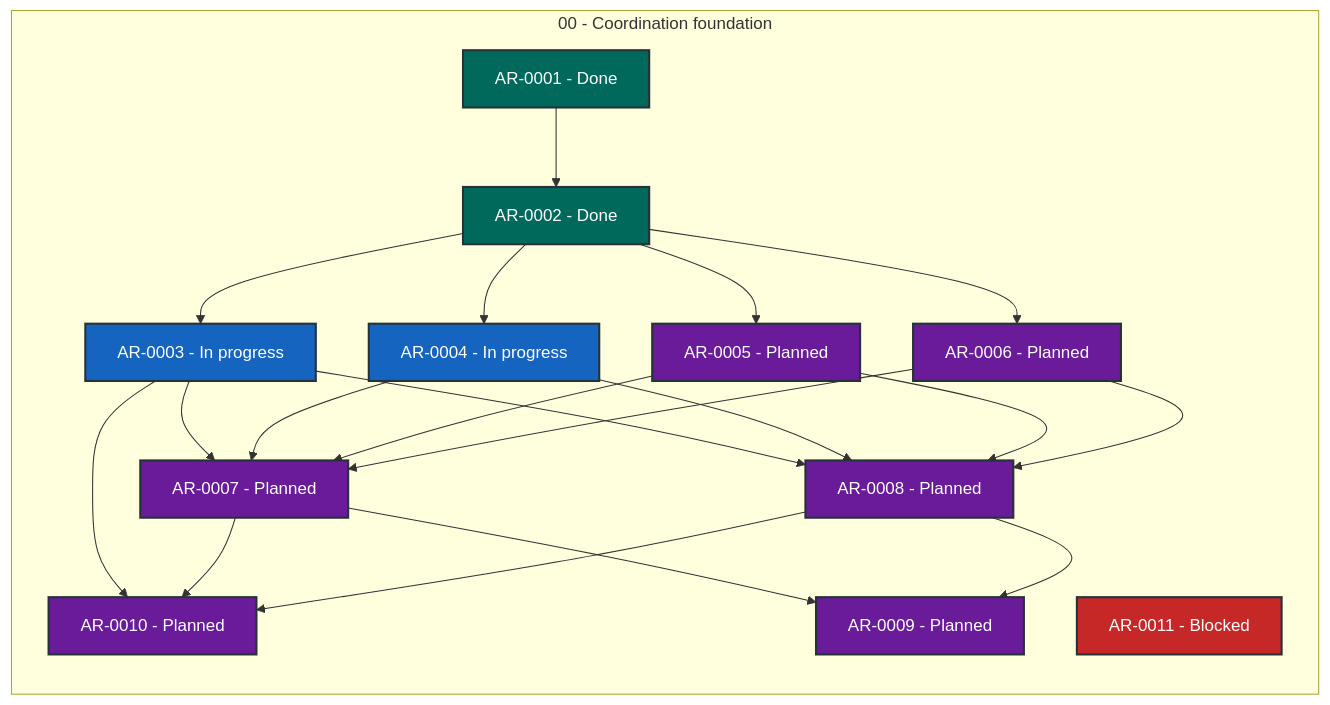
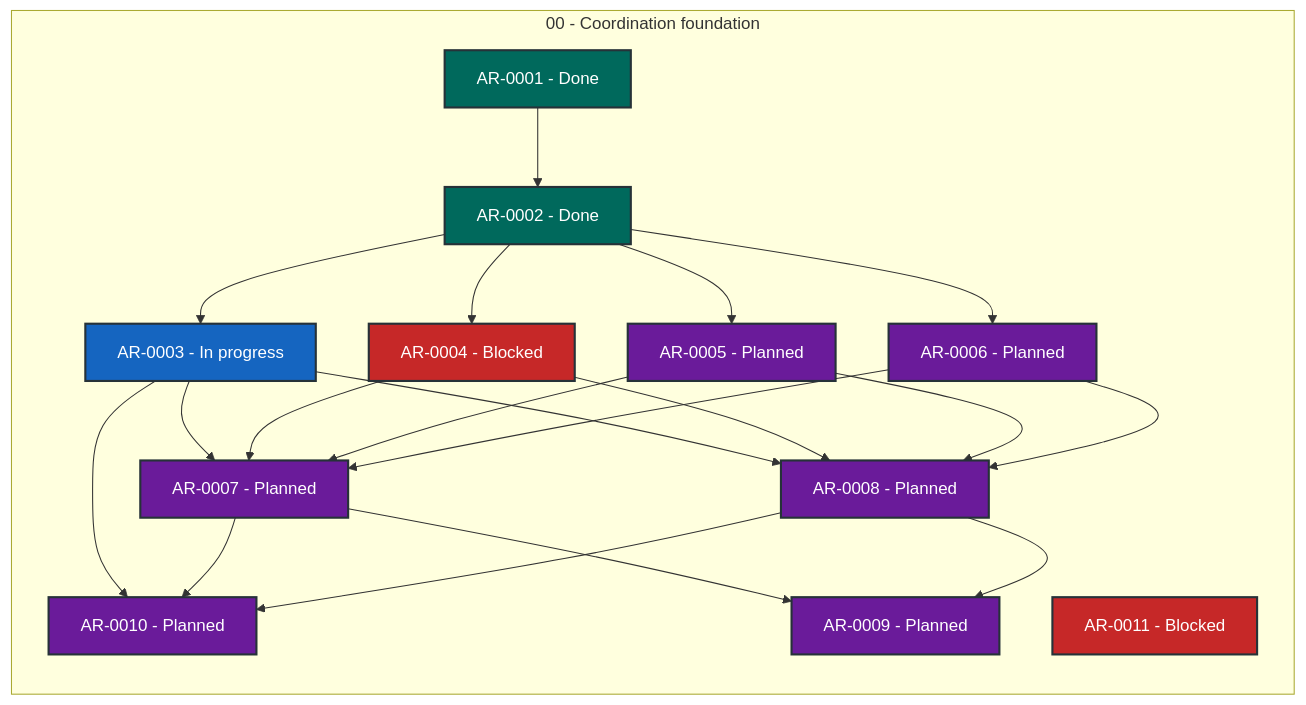
Before and after one commit to martin-beck/agent-workflow-coordinator-state: the diagram in STATUS.md, drawn with Mermaid. The commit also changed other lines of this file and 2 other files, not shown here.

````diff
--- a/STATUS.md
+++ b/STATUS.md
@@ -27,43 +27,43 @@
 ```mermaid
 flowchart LR
     subgraph series_00["00 - Coordination foundation"]
         direction TB
         AR_0001["AR-0001 - Done"]:::status_done
         AR_0002["AR-0002 - Done"]:::status_done
         AR_0003["AR-0003 - In progress"]:::status_in_progress
-        AR_0004["AR-0004 - In progress"]:::status_in_progress
+        AR_0004["AR-0004 - Blocked"]:::status_blocked
         AR_0005["AR-0005 - Planned"]:::status_planned
         AR_0006["AR-0006 - Planned"]:::status_planned
         AR_0007["AR-0007 - Planned"]:::status_planned
         AR_0008["AR-0008 - Planned"]:::status_planned
         AR_0009["AR-0009 - Planned"]:::status_planned
         AR_0010["AR-0010 - Planned"]:::status_planned
         AR_0011["AR-0011 - Blocked"]:::status_blocked
     end
     AR_0001 --> AR_0002
     AR_0002 --> AR_0003
     AR_0002 --> AR_0004
     AR_0002 --> AR_0005
     AR_0002 --> AR_0006
     AR_0003 --> AR_0007
     AR_0003 --> AR_0008
     AR_0003 --> AR_0010
     AR_0004 --> AR_0007
     AR_0004 --> AR_0008
     AR_0005 --> AR_0007
     AR_0005 --> AR_0008
     AR_0006 --> AR_0007
     AR_0006 --> AR_0008
     AR_0007 --> AR_0009
     AR_0007 --> AR_0010
     AR_0008 --> AR_0009
     AR_0008 --> AR_0010
     classDef status_in_progress fill:#1565c0,color:#ffffff,stroke:#263238,stroke-width:2px
     classDef status_open fill:#2e7d32,color:#ffffff,stroke:#263238,stroke-width:2px
     classDef status_blocked fill:#c62828,color:#ffffff,stroke:#263238,stroke-width:2px
     classDef status_planned fill:#6a1b9a,color:#ffffff,stroke:#263238,stroke-width:2px
     classDef status_future fill:#455a64,color:#ffffff,stroke:#263238,stroke-width:2px
     classDef status_done fill:#00695c,color:#ffffff,stroke:#263238,stroke-width:2px
     classDef status_cancelled fill:#616161,color:#ffffff,stroke:#263238,stroke-width:2px
     classDef status_superseded fill:#5d4037,color:#ffffff,stroke:#263238,stroke-width:2px
 ```
````
